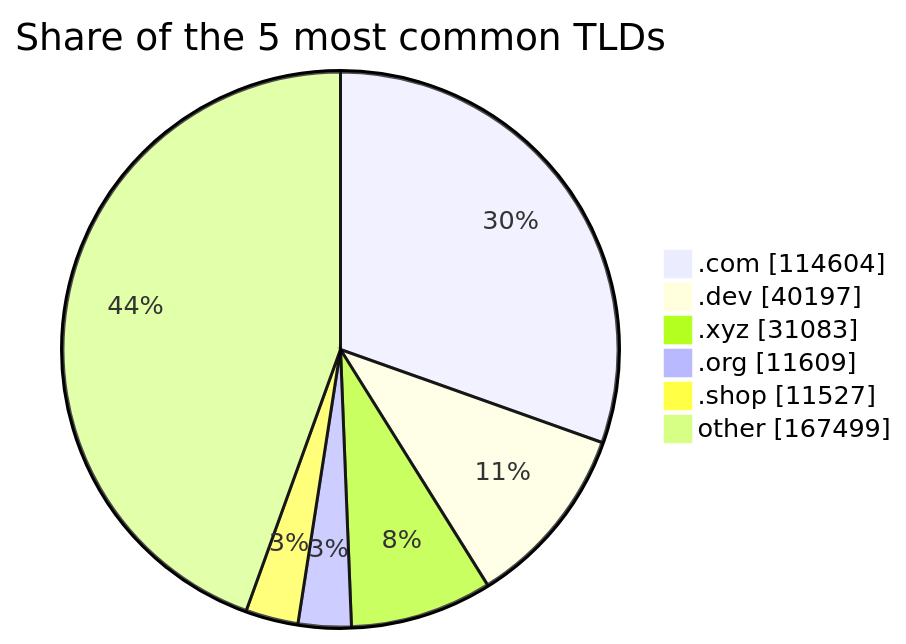
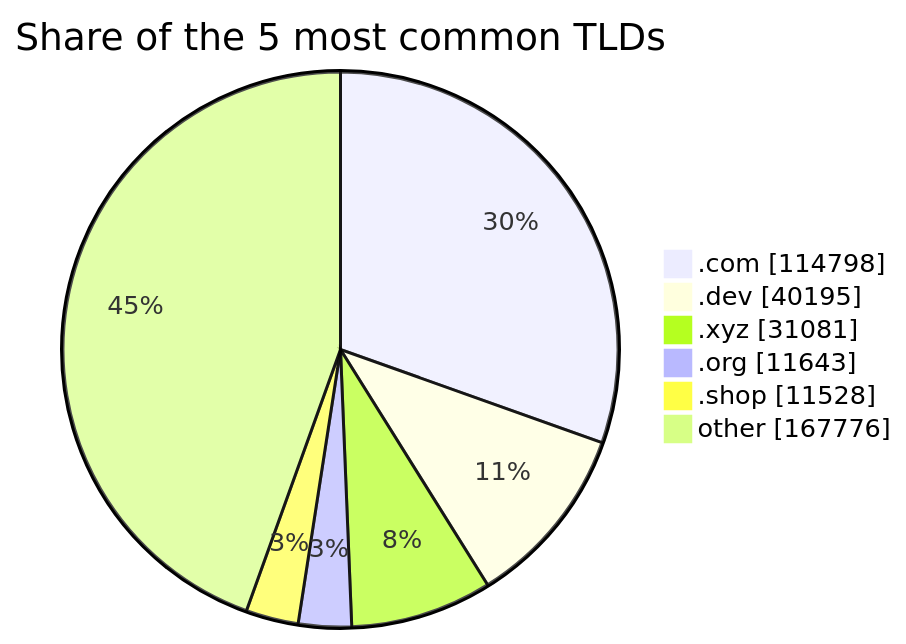
The third of 3 diagrams in README.md (DNSBunker/CTI), drawn with Mermaid before and after one commit. The commit also changed other lines of this file and 3 other files, not shown here.

````diff
--- a/README.md
+++ b/README.md
@@ -81,9 +81,9 @@
 ```mermaid
 pie showData title Share of the 5 most common TLDs
-    ".com" : 114604
-    ".dev" : 40197
-    ".xyz" : 31083
-    ".org" : 11609
-    ".shop" : 11527
-    "other" : 167499
+    ".com" : 114798
+    ".dev" : 40195
+    ".xyz" : 31081
+    ".org" : 11643
+    ".shop" : 11528
+    "other" : 167776
 ```
````
